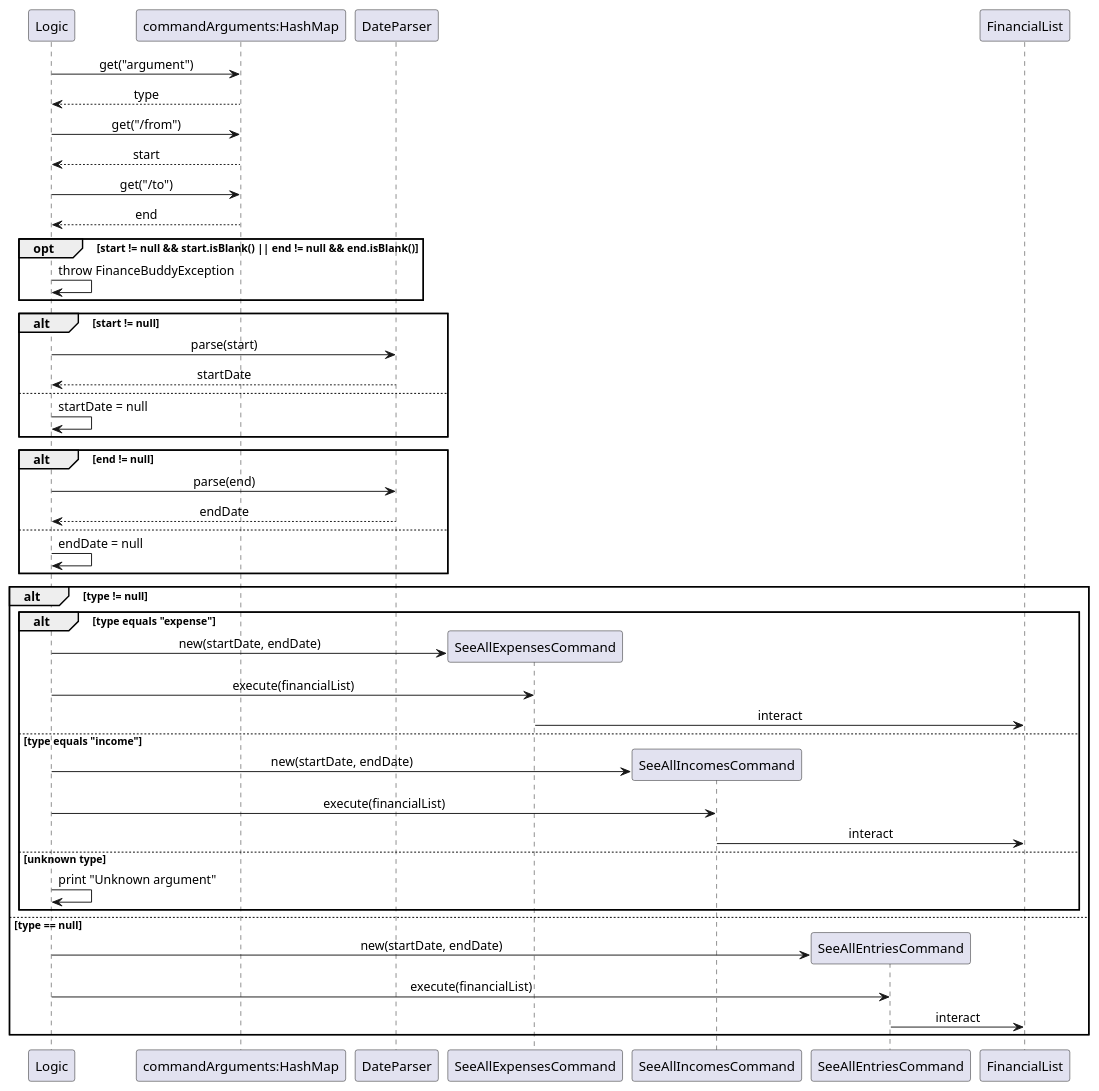
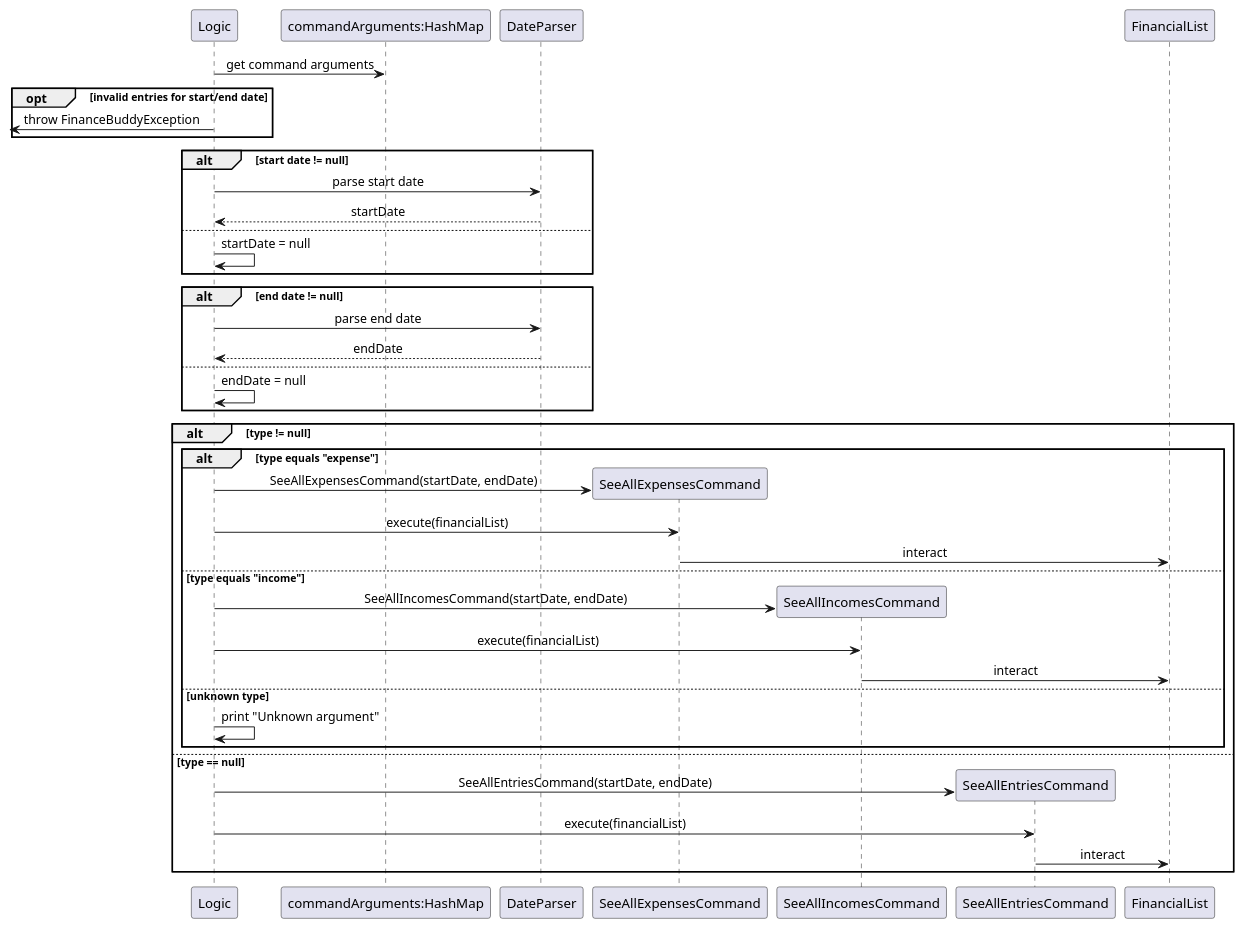
One commit to nus-cs2113-AY2425S1/tp changed the diagram in docs/UML/SeeAllEntriesOverview.puml. Above: the diagram before and after it, drawn with PlantUML. The commit also changed 4 other files, not shown here.

Commit message:
Update diagrams for DG List Entries section

```diff
--- a/docs/UML/SeeAllEntriesOverview.puml
+++ b/docs/UML/SeeAllEntriesOverview.puml
@@ -1,59 +1,54 @@
 @startuml
 skinparam sequenceMessageAlign center
 skinparam responseMessageBelowArrow true
 
 participant "Logic" as app
 participant "commandArguments:HashMap" as map
 participant "DateParser" as parser
 participant "SeeAllExpensesCommand" as expense
 participant "SeeAllIncomesCommand" as income
 participant "SeeAllEntriesCommand" as all
 participant "FinancialList" as list
 
 ' Get values from HashMap
-app -> map : get("argument")
-map --> app : type
-app -> map : get("/from")
-map --> app : start
-app -> map : get("/to")
-map --> app : end
+app -> map : get command arguments
 
 ' Check for blank dates
-opt start != null && start.isBlank() || end != null && end.isBlank()
-    app -> app : throw FinanceBuddyException
+opt invalid entries for start/end date
+    <- app : throw FinanceBuddyException
 end
 
 ' Parse dates
-alt start != null
-    app -> parser : parse(start)
+alt start date != null
+    app -> parser : parse start date
     parser --> app : startDate
     else
         app -> app : startDate = null
 end
 
-alt end != null
-    app -> parser : parse(end)
+alt end date != null
+    app -> parser : parse end date
     parser --> app : endDate
     else
         app -> app : endDate = null
 end
 
 ' Command execution based on type
 alt type != null
     alt type equals "expense"
-        app -> expense ** : new(startDate, endDate)
+        app -> expense ** : SeeAllExpensesCommand(startDate, endDate)
         app -> expense : execute(financialList)
         expense -> list : interact
     else type equals "income"
-        app -> income ** : new(startDate, endDate)
+        app -> income ** : SeeAllIncomesCommand(startDate, endDate)
         app -> income : execute(financialList)
         income -> list : interact
     else unknown type
         app -> app : print "Unknown argument"
     end
 else type == null
-    app -> all ** : new(startDate, endDate)
+    app -> all ** : SeeAllEntriesCommand(startDate, endDate)
     app -> all : execute(financialList)
     all -> list : interact
 end
 @enduml
```
